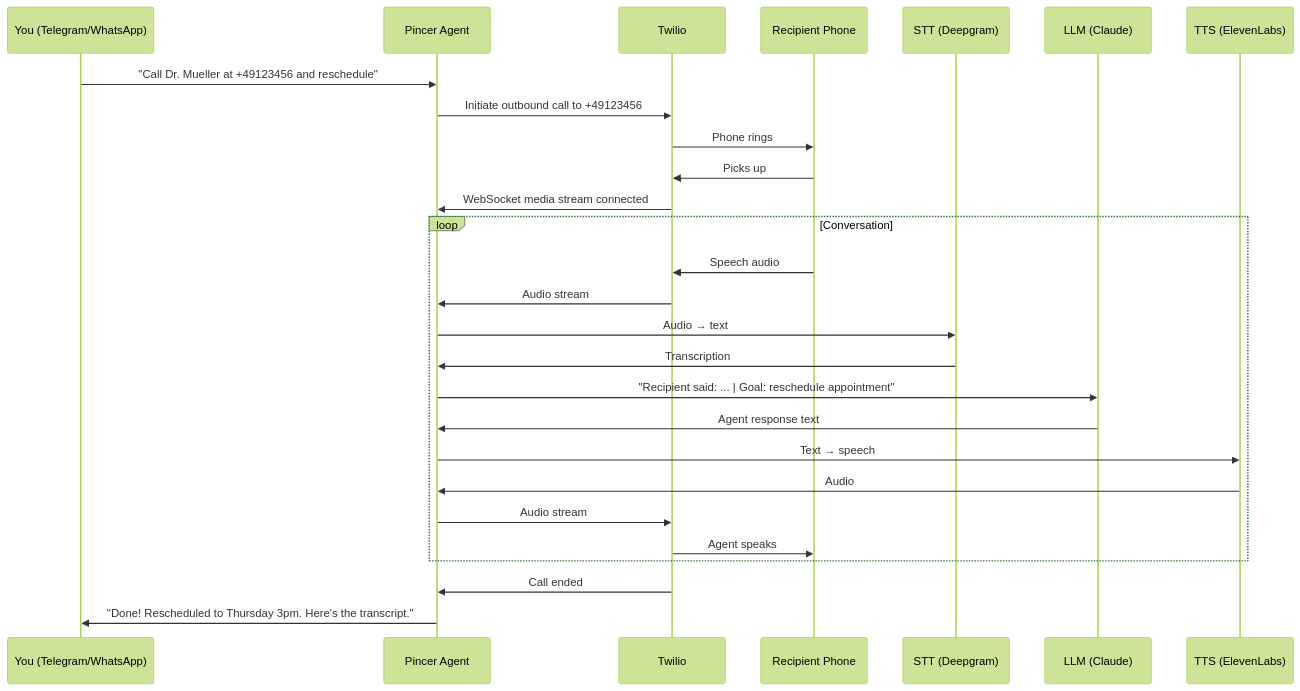
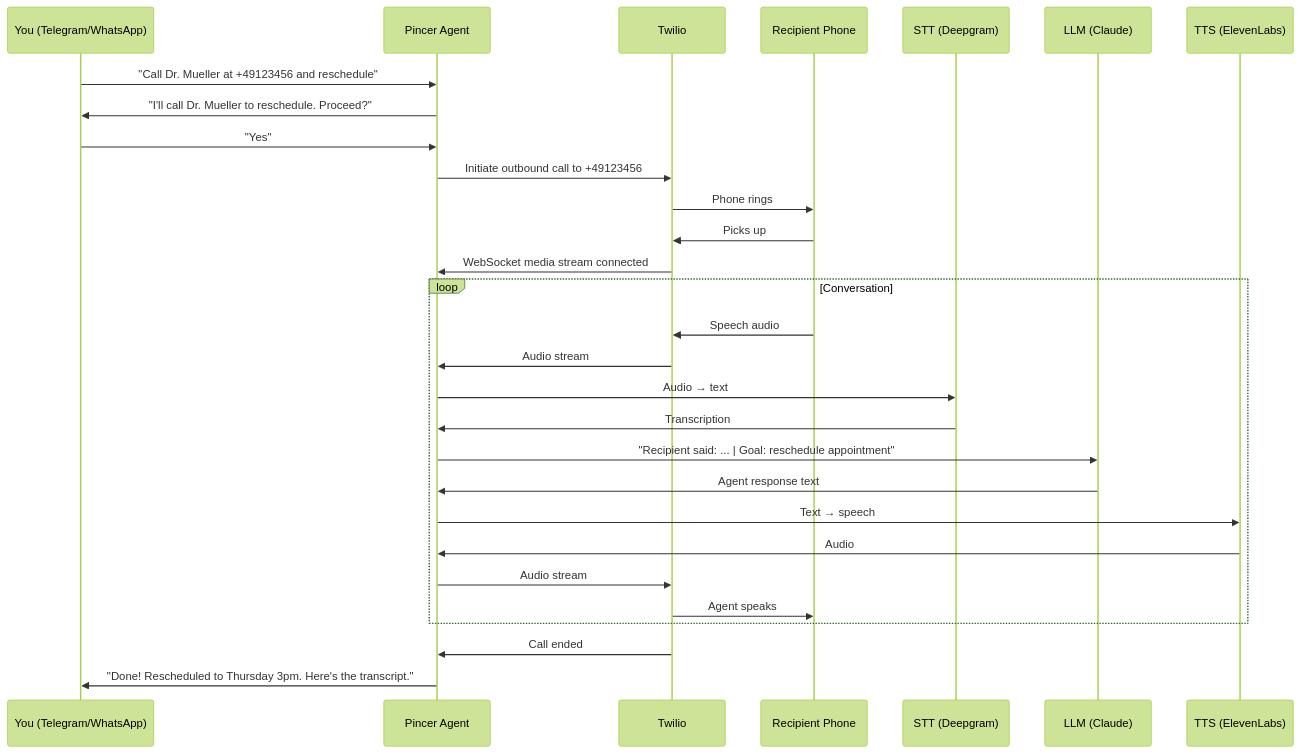
The diagram in docs/Voice calling.md (pincerhq/pincer), drawn with Mermaid (forest theme) before and after one commit. The commit also changed other lines of this file and 45 other files, not shown here.

````diff
--- a/docs/Voice calling.md
+++ b/docs/Voice calling.md
@@ -11,32 +11,34 @@
 ```mermaid
 sequenceDiagram
     participant U as You (Telegram/WhatsApp)
     participant P as Pincer Agent
     participant T as Twilio
     participant R as Recipient Phone
     participant S as STT (Deepgram)
     participant L as LLM (Claude)
     participant V as TTS (ElevenLabs)
 
     U->>P: "Call Dr. Mueller at +49123456 and reschedule"
+    P->>U: "I'll call Dr. Mueller to reschedule. Proceed?"
+    U->>P: "Yes"
     P->>T: Initiate outbound call to +49123456
     T->>R: Phone rings
     R->>T: Picks up
     T->>P: WebSocket media stream connected
     
     loop Conversation
         R->>T: Speech audio
         T->>P: Audio stream
         P->>S: Audio → text
         S->>P: Transcription
         P->>L: "Recipient said: ... | Goal: reschedule appointment"
         L->>P: Agent response text
         P->>V: Text → speech
         V->>P: Audio
         P->>T: Audio stream
         T->>R: Agent speaks
     end
     
     T->>P: Call ended
     P->>U: "Done! Rescheduled to Thursday 3pm. Here's the transcript."
 ```
````
